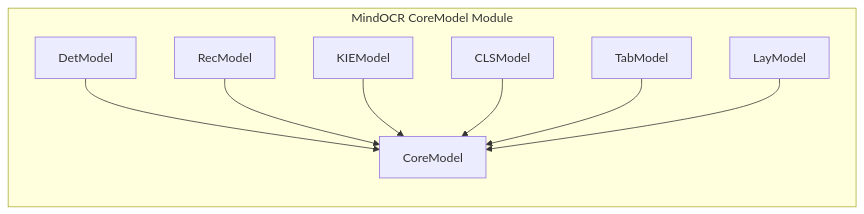
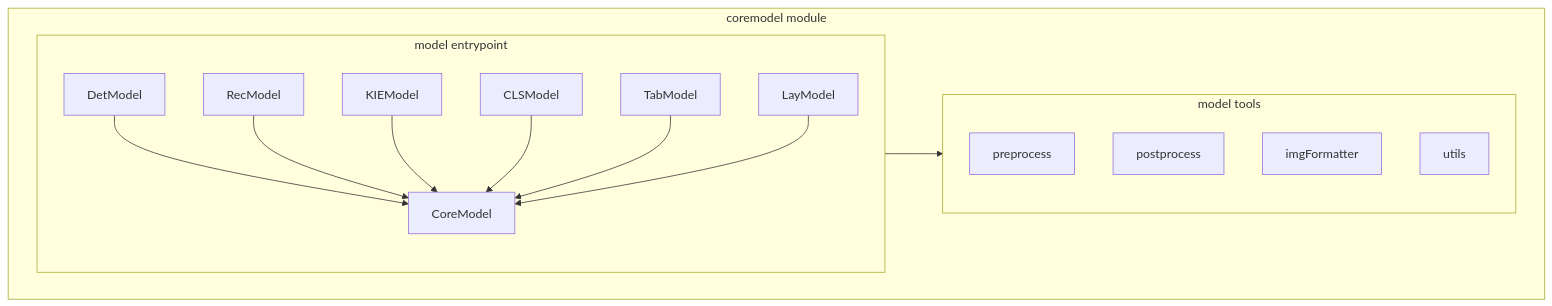
The second of 5 diagrams in mindocr/core/CoreModel模块设计说明书.md (zhangjunlongtech/mindocr), drawn with Mermaid before and after one commit. The commit also changed other lines of this file, not shown here.

````diff
--- a/mindocr/core/CoreModel模块设计说明书.md
+++ b/mindocr/core/CoreModel模块设计说明书.md
@@ -193,18 +198,32 @@
 ```mermaid
-graph LR
-    subgraph MindOCR CoreModel Module
-    A[CoreModel]
-    B[DetModel]
-    C[RecModel]
-    D[KIEModel]
-    E[CLSModel]
-    F[TabModel]
-    G[LayModel]
+graph TB
+
+    subgraph coremodel module
+      subgraph L[model entrypoint]
+        A[CoreModel]
+        B[DetModel]
+        C[RecModel]
+        D[KIEModel]
+        E[CLSModel]
+        F[TabModel]
+        G[LayModel]
+      end
+
+      subgraph M[model tools]
+        H[preprocess]
+        I[postprocess]
+        J[imgFormatter]
+        K[utils]
+      end
+
+      B --> A
+      C --> A
+      D --> A
+      E --> A
+      F --> A
+      G --> A
+      L --> M
+      
     end
-    B --> A
-    C --> A
-    D --> A
-    E --> A
-    F --> A
-    G --> A
+    
 ```
````
